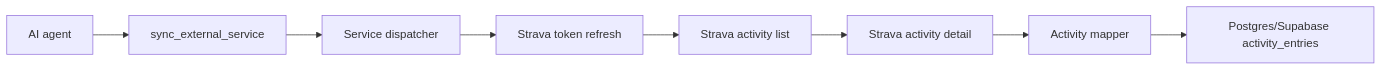
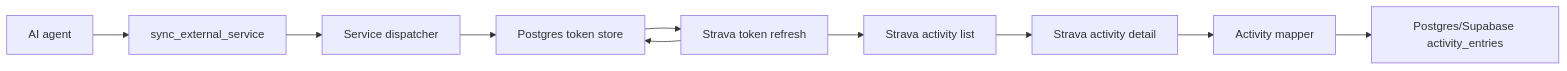
One commit to rodo1985/apex-mcp-server changed the diagram in docs/external-service-sync.md. Above: the diagram before and after it, drawn with Mermaid. The commit also changed other lines of this file and 10 other files, not shown here.

````diff
--- a/docs/external-service-sync.md
+++ b/docs/external-service-sync.md
@@ -73,10 +79,12 @@
 ```mermaid
 flowchart LR
     Agent["AI agent"] --> Tool["sync_external_service"]
     Tool --> Dispatcher["Service dispatcher"]
-    Dispatcher --> StravaAuth["Strava token refresh"]
+    Dispatcher --> TokenStore["Postgres token store"]
+    TokenStore --> StravaAuth["Strava token refresh"]
     StravaAuth --> StravaList["Strava activity list"]
+    StravaAuth --> TokenStore
     StravaList --> StravaDetail["Strava activity detail"]
     StravaDetail --> Mapper["Activity mapper"]
     Mapper --> Store["Postgres/Supabase activity_entries"]
 ```
````
